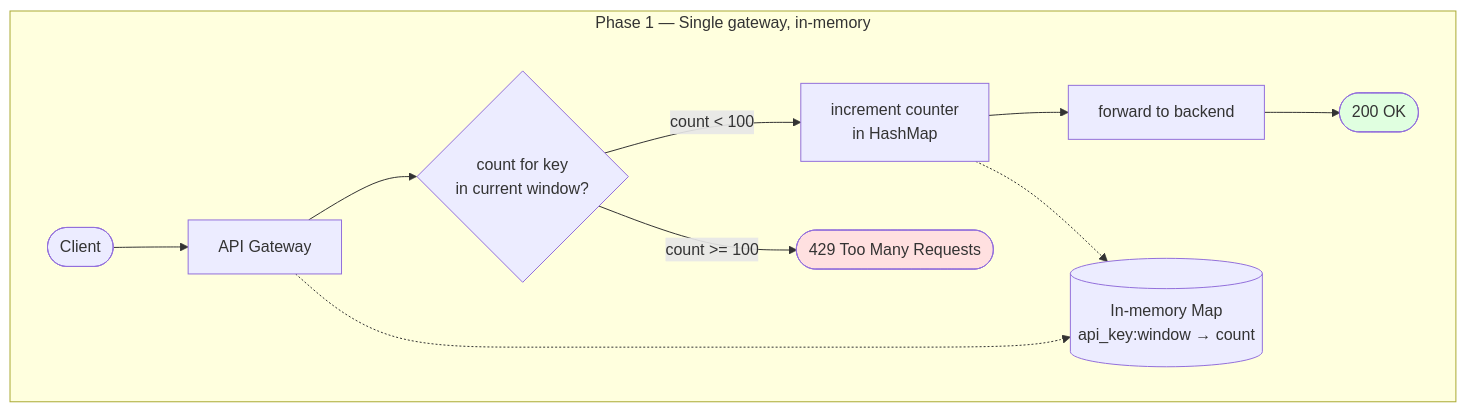
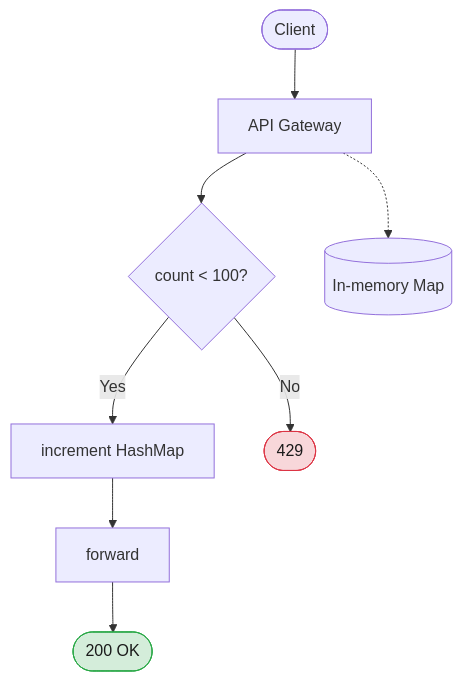
One commit to amanjaiswal30/dsa-solutions changed the diagram in assets/images/high_level_design/01_flow_phase1_in_memory.mmd. Above: the diagram before and after it, drawn with Mermaid. The commit also changed 50 other files, not shown here.

```diff
--- a/assets/images/high_level_design/01_flow_phase1_in_memory.mmd
+++ b/assets/images/high_level_design/01_flow_phase1_in_memory.mmd
@@ -1,14 +1,9 @@
-flowchart TB
-    subgraph Phase1["Phase 1 — Single gateway, in-memory"]
-        C([Client]) --> GW[API Gateway]
-        GW --> CHECK{count for key<br/>in current window?}
-        CHECK -->|count < 100| INC[increment counter<br/>in HashMap]
-        INC --> FWD[forward to backend]
-        FWD --> OK([200 OK])
-        CHECK -->|count >= 100| DENY([429 Too Many Requests])
-        GW -.-> MEM[(In-memory Map<br/>api_key:window → count)]
-        INC -.-> MEM
-    end
+flowchart TD
+    C([Client]) --> GW[API Gateway]
+    GW --> CHECK{count < 100?}
+    CHECK -->|Yes| INC[increment HashMap] --> FWD[forward] --> OK([200 OK])
+    CHECK -->|No| DENY([429])
+    GW -.-> MEM[(In-memory Map)]
 
-    style DENY fill:#ffe0e0
-    style OK fill:#e0ffe0
+    style OK fill:#d4edda,stroke:#28a745,color:#1a1a1a
+    style DENY fill:#f8d7da,stroke:#dc3545,color:#1a1a1a
```
